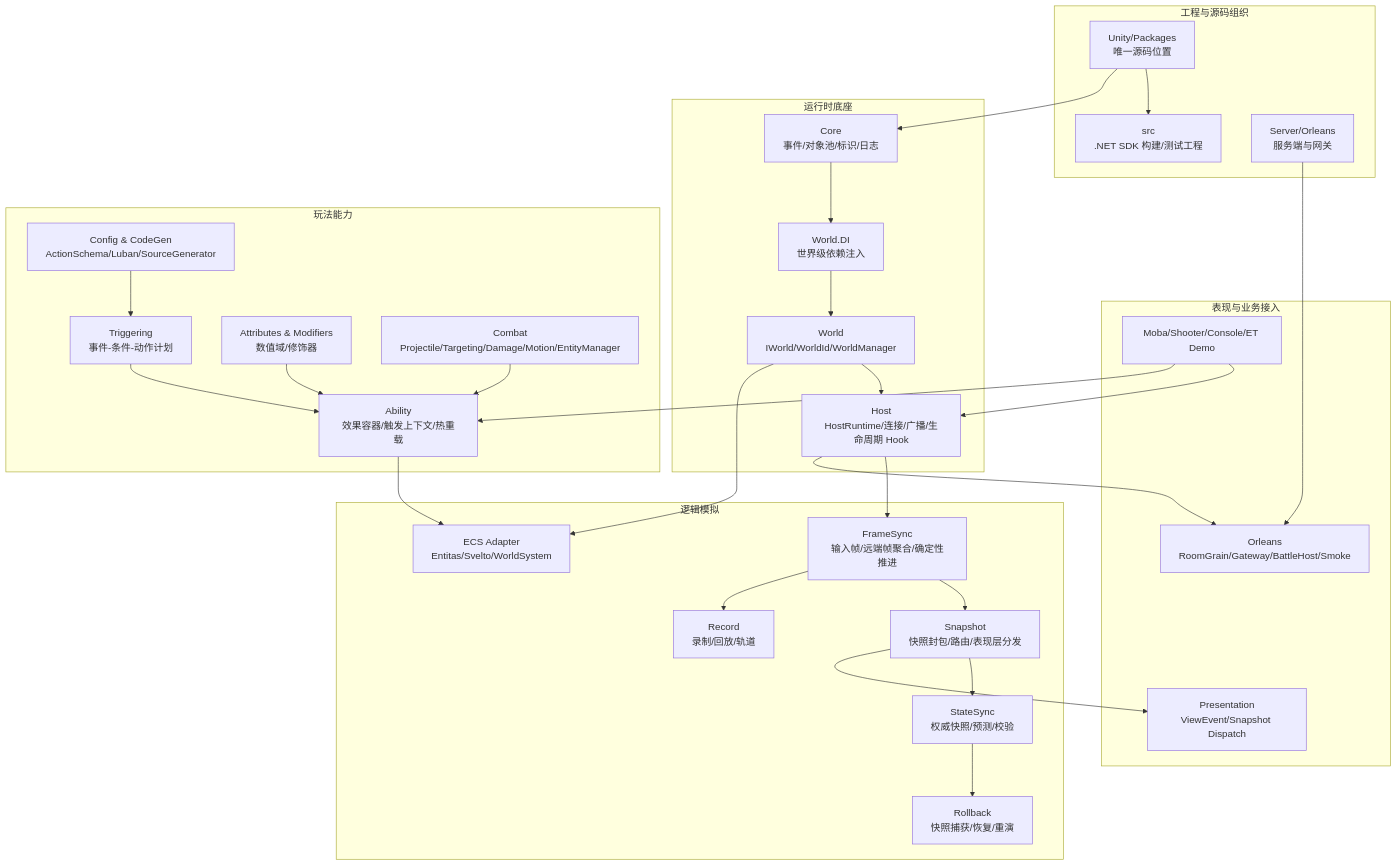
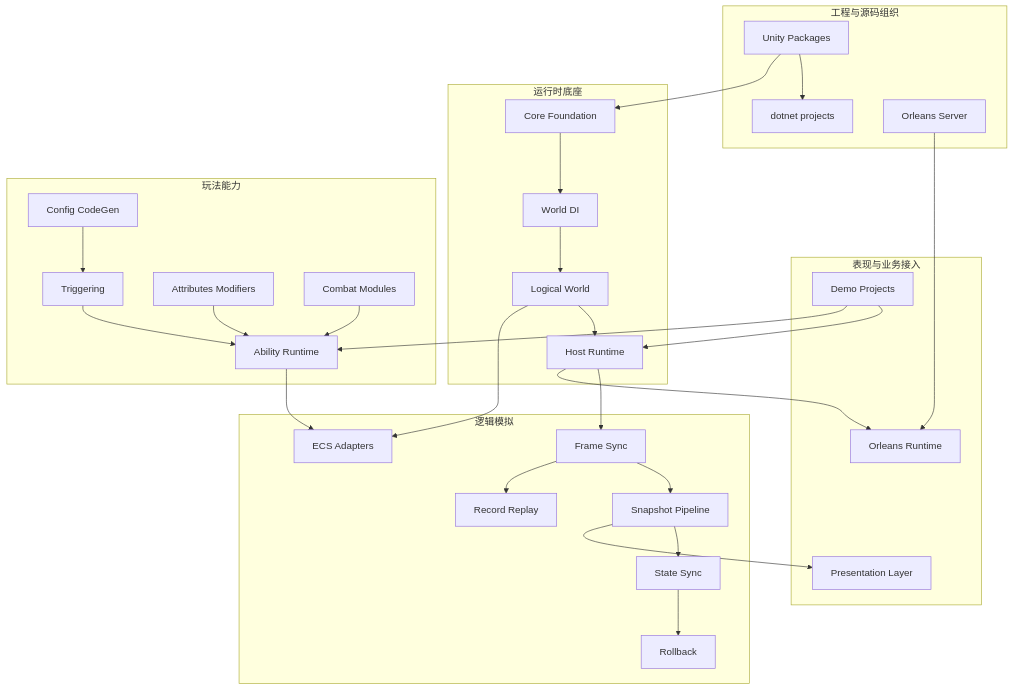
The diagram in Docs/design/00-index.md (Kurumioi/AbilityKit), drawn with Mermaid before and after one commit. The commit also changed other lines of this file and 389 other files, not shown here.

````diff
--- a/Docs/design/00-index.md
+++ b/Docs/design/00-index.md
@@ -26,58 +26,58 @@
 ```mermaid
 flowchart TB
     subgraph Build[工程与源码组织]
-        Packages[Unity/Packages\n唯一源码位置]
-        Src[src\n.NET SDK 构建/测试工程]
-        Server[Server/Orleans\n服务端与网关]
+        Packages[Unity Packages]
+        Src[dotnet projects]
+        Server[Orleans Server]
     end
 
     subgraph Runtime[运行时底座]
-        Core[Core\n事件/对象池/标识/日志]
-        DI[World.DI\n世界级依赖注入]
-        World[World\nIWorld/WorldId/WorldManager]
-        Host[Host\nHostRuntime/连接/广播/生命周期 Hook]
+        Core[Core Foundation]
+        DI[World DI]
+        World[Logical World]
+        Host[Host Runtime]
     end
 
     subgraph Simulation[逻辑模拟]
-        ECS[ECS Adapter\nEntitas/Svelto/WorldSystem]
-        FrameSync[FrameSync\n输入帧/远端帧聚合/确定性推进]
-        Snapshot[Snapshot\n快照封包/路由/表现层分发]
-        StateSync[StateSync\n权威快照/预测/校验]
-        Rollback[Rollback\n快照捕获/恢复/重演]
-        Record[Record\n录制/回放/轨道]
+        ECS[ECS Adapters]
+        FrameSync[Frame Sync]
+        Snapshot[Snapshot Pipeline]
+        StateSync[State Sync]
+        Rollback[Rollback]
+        Record[Record Replay]
     end
 
     subgraph Gameplay[玩法能力]
-        Triggering[Triggering\n事件-条件-动作计划]
-        Ability[Ability\n效果容器/触发上下文/热重载]
-        Attr[Attributes & Modifiers\n数值域/修饰器]
-        Combat[Combat\nProjectile/Targeting/Damage/Motion/EntityManager]
-        Config[Config & CodeGen\nActionSchema/Luban/SourceGenerator]
+        Triggering[Triggering]
+        Ability[Ability Runtime]
+        Attr[Attributes Modifiers]
+        Combat[Combat Modules]
+        Config[Config CodeGen]
     end
 
     subgraph Presentation[表现与业务接入]
-        View[Presentation\nViewEvent/Snapshot Dispatch]
-        Demo[Moba/Shooter/Console/ET Demo]
-        Orleans[Orleans\nRoomGrain/Gateway/BattleHost/Smoke]
+        View[Presentation Layer]
+        Demo[Demo Projects]
+        Orleans[Orleans Runtime]
     end
 
     Packages --> Src
     Packages --> Core
     Core --> DI --> World --> Host
     World --> ECS
     Host --> FrameSync
     FrameSync --> Snapshot
     Snapshot --> StateSync
     StateSync --> Rollback
     FrameSync --> Record
     Triggering --> Ability
     Attr --> Ability
     Combat --> Ability
     Config --> Triggering
     Ability --> ECS
     Snapshot --> View
     Host --> Orleans
     Demo --> Host
     Demo --> Ability
     Server --> Orleans
 ```
````
